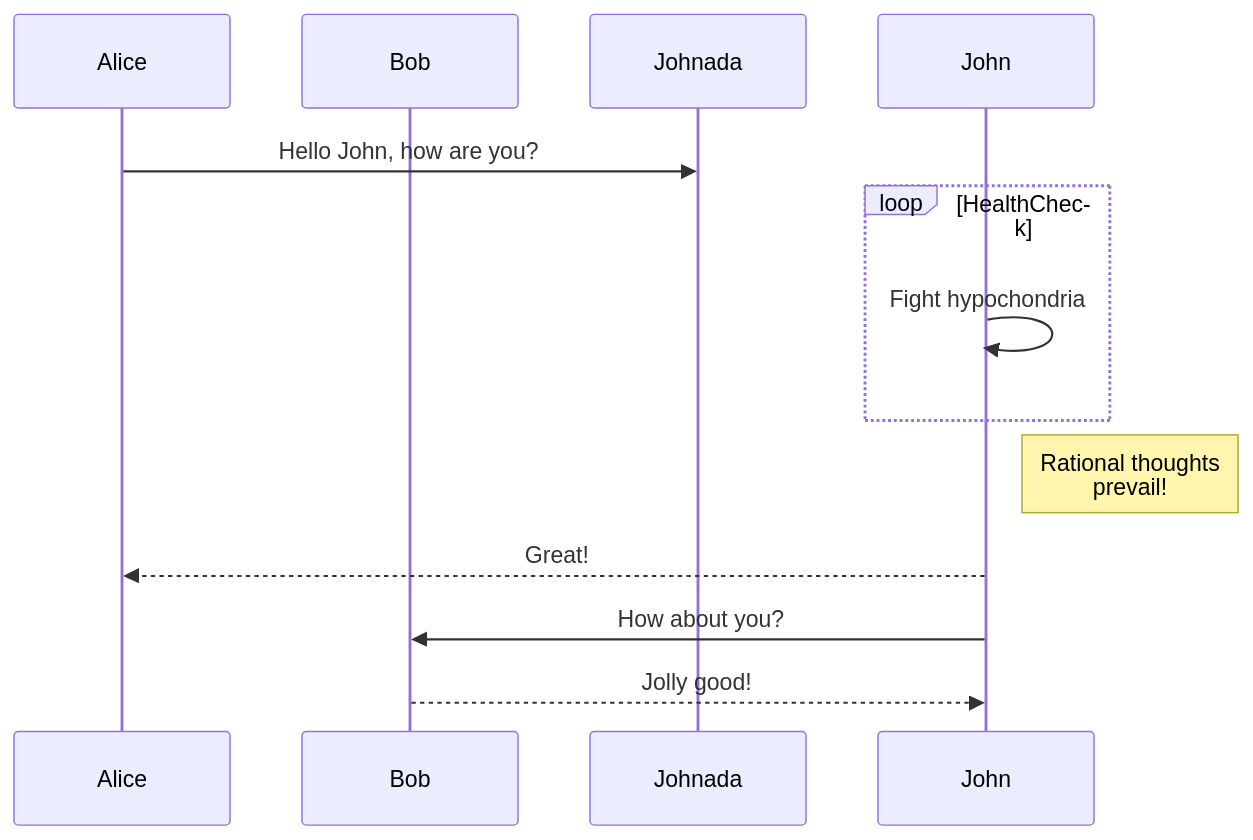
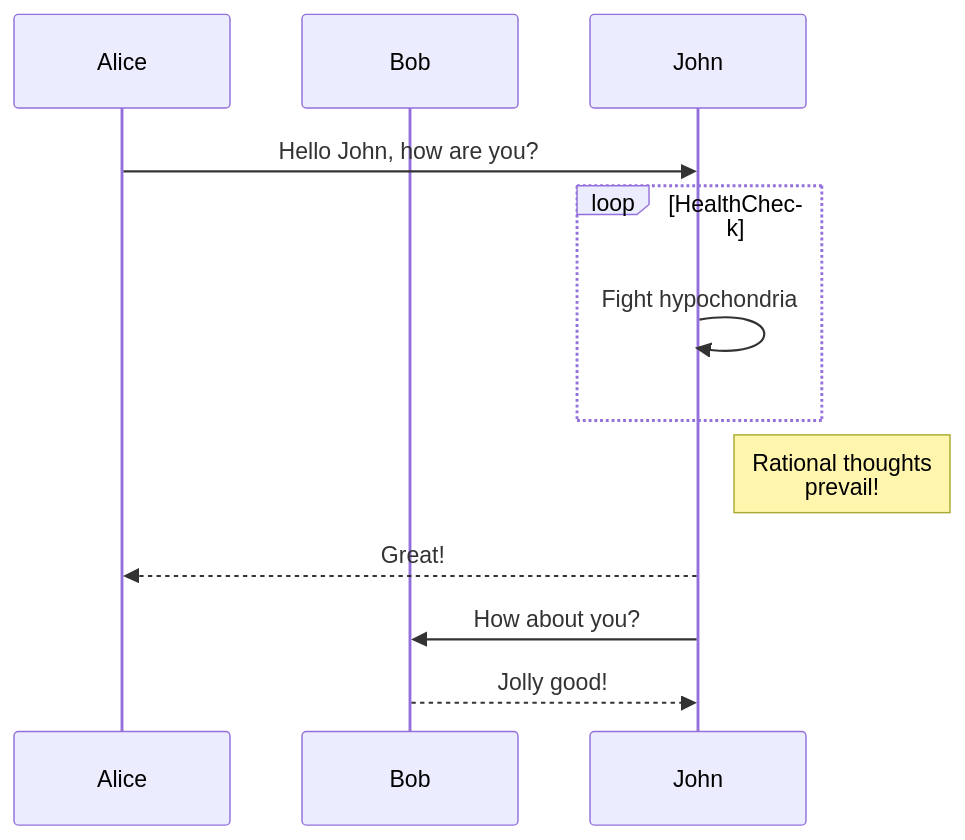
Before and after one commit to Ant-Queen/Markdown_for_GitHub: the second of 3 diagrams in 34. 다이어그램 만들기(Creating diagrams).md, drawn with Mermaid.

Commit message:
테스트 복구

````diff
--- a/34. 다이어그램 만들기(Creating diagrams).md
+++ b/34. 다이어그램 만들기(Creating diagrams).md
@@ -17,13 +17,13 @@
 ```mermaid
 sequenceDiagram
     participant Alice
     participant Bob
-    Alice->>Johnada: Hello John, how are you?
+    Alice->>John: Hello John, how are you?
     loop HealthCheck
         John->>John: Fight  hypochondria
     end
     Note right of John: Rational thoughts <br/>prevail!
     John-->>Alice: Great!
     John->>Bob: How about you?
     Bob-->>John: Jolly good!
 ```
````
